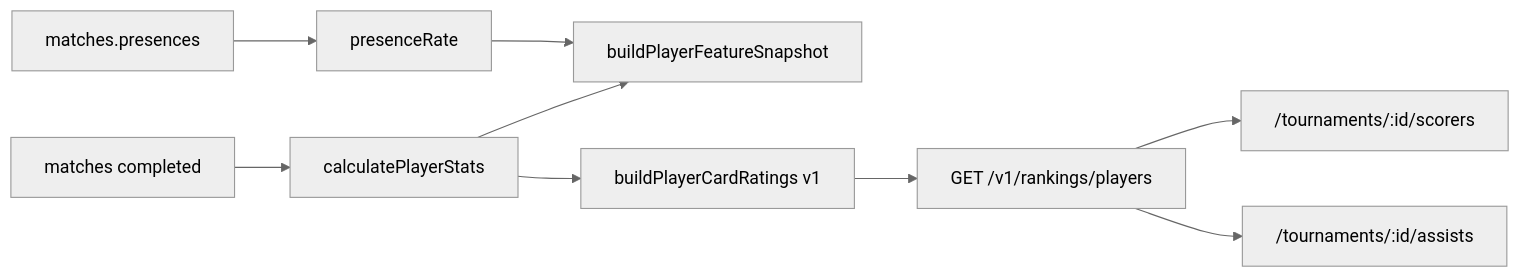
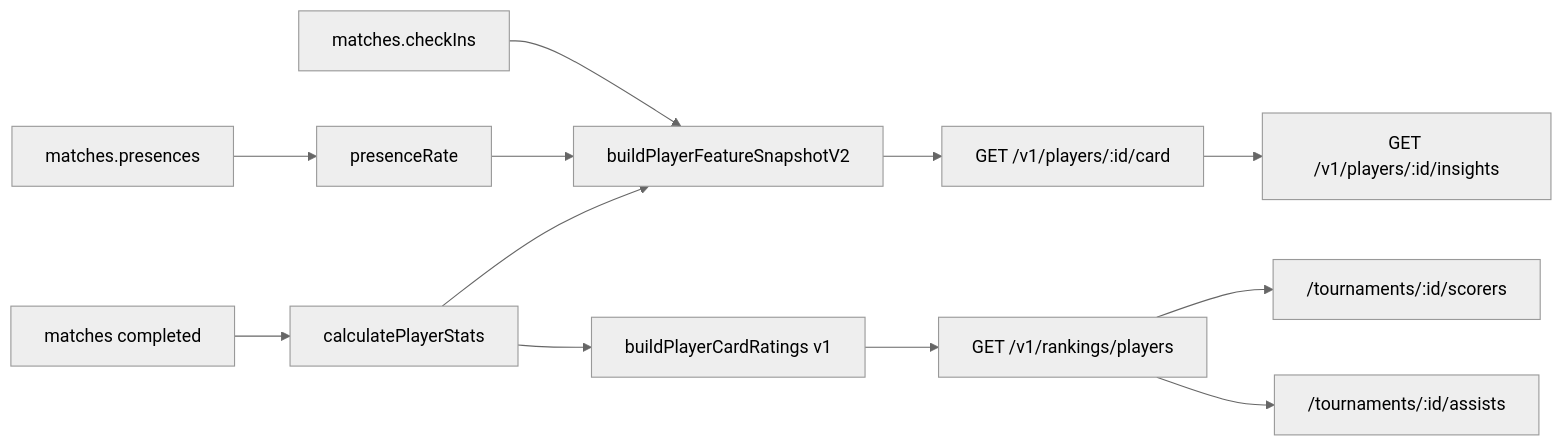
Diagram 12 of 14 in docs/backend/domain-flows.md (nalbcosta/soccer_stats), drawn with Mermaid (neutral theme) before and after one commit. The commit also changed other lines of this file and 20 other files, not shown here.

````diff
--- a/docs/backend/domain-flows.md
+++ b/docs/backend/domain-flows.md
@@ -291,11 +317,14 @@
 ```mermaid
 flowchart LR
   Matches["matches completed"] --> PlayerStats["calculatePlayerStats"]
   Presences["matches.presences"] --> PresenceRate["presenceRate"]
-  PlayerStats --> Snapshot["buildPlayerFeatureSnapshot"]
+  PlayerStats --> Snapshot["buildPlayerFeatureSnapshotV2"]
   PresenceRate --> Snapshot
+  CheckIn["matches.checkIns"] --> Snapshot
   PlayerStats --> Ratings["buildPlayerCardRatings v1"]
+  Snapshot --> CardV2["GET /v1/players/:id/card"]
+  CardV2 --> Insights["GET /v1/players/:id/insights"]
   Ratings --> Ranking["GET /v1/rankings/players"]
   Ranking --> Scorers["/tournaments/:id/scorers"]
   Ranking --> Assists["/tournaments/:id/assists"]
 ```
````
